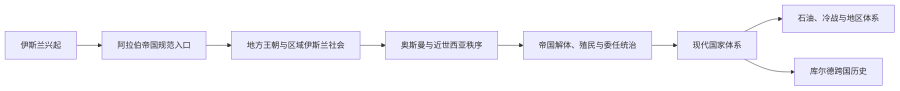
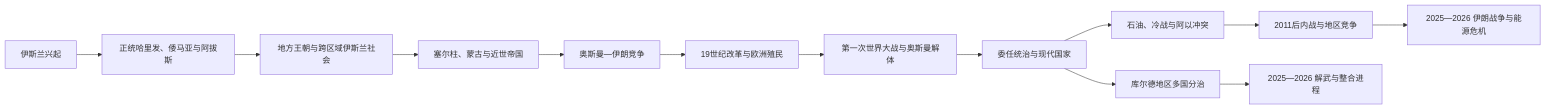
One commit to tianlan-dev/learning-notes changed the diagram in 人文科学/历史/西亚/_通史/README.md. Above: the diagram before and after it, drawn with Mermaid. The commit also changed other lines of this file and 1417 other files, not shown here.

````diff
--- a/人文科学/历史/西亚/_通史/README.md
+++ b/人文科学/历史/西亚/_通史/README.md
@@ -20,10 +11,15 @@
 ```mermaid
 flowchart LR
-    Islam["伊斯兰兴起"] --> Caliphate["阿拉伯帝国规范入口"]
-    Caliphate --> Regional["地方王朝与区域伊斯兰社会"]
-    Regional --> Ottoman["奥斯曼与近世西亚秩序"]
-    Ottoman --> Mandates["帝国解体、殖民与委任统治"]
-    Mandates --> States["现代国家体系"]
-    States --> Oil["石油、冷战与地区体系"]
-    States --> Kurdish["库尔德跨国历史"]
+    A["伊斯兰兴起"] --> B["正统哈里发、倭马亚与阿拔斯"]
+    B --> C["地方王朝与跨区域伊斯兰社会"]
+    C --> D["塞尔柱、蒙古与近世帝国"]
+    D --> E["奥斯曼—伊朗竞争"]
+    E --> F["19世纪改革与欧洲殖民"]
+    F --> G["第一次世界大战与奥斯曼解体"]
+    G --> H["委任统治与现代国家"]
+    H --> I["石油、冷战与阿以冲突"]
+    H --> J["库尔德地区多国分治"]
+    I --> K["2011后内战与地区竞争"]
+    K --> L["2025—2026 伊朗战争与能源危机"]
+    J --> M["2025—2026 解武与整合进程"]
 ```
````
